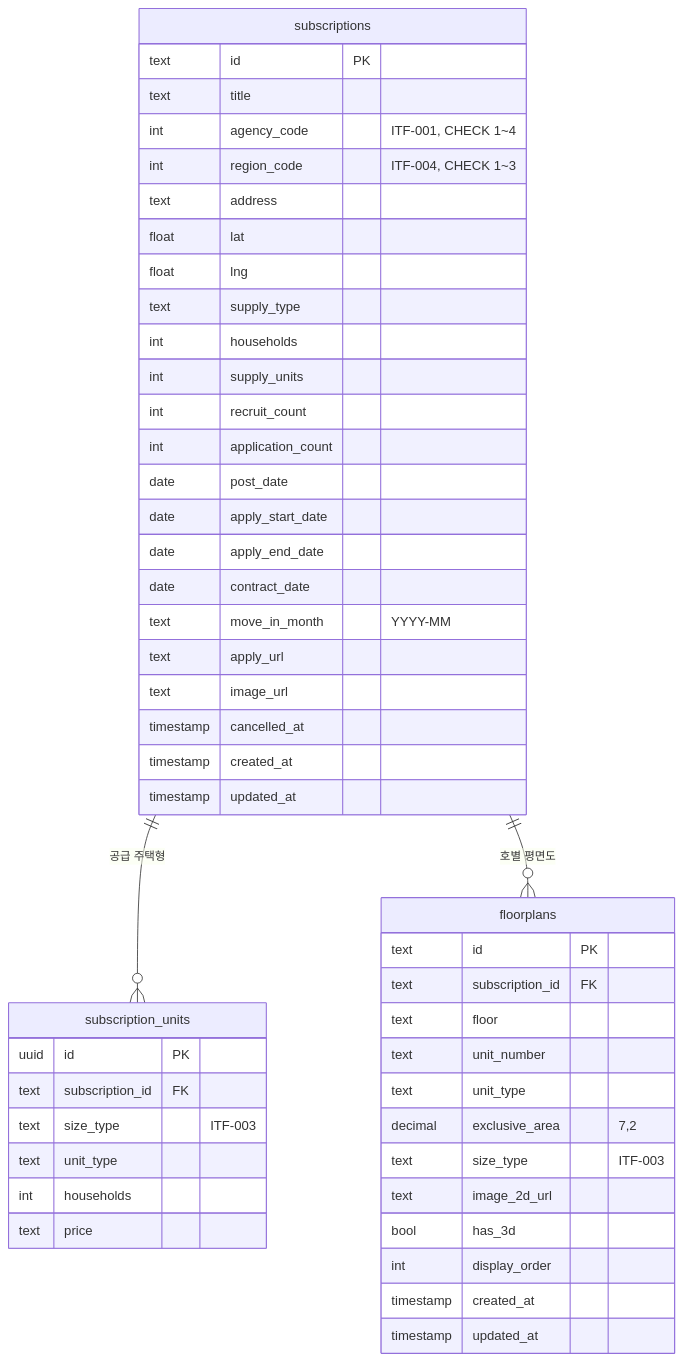
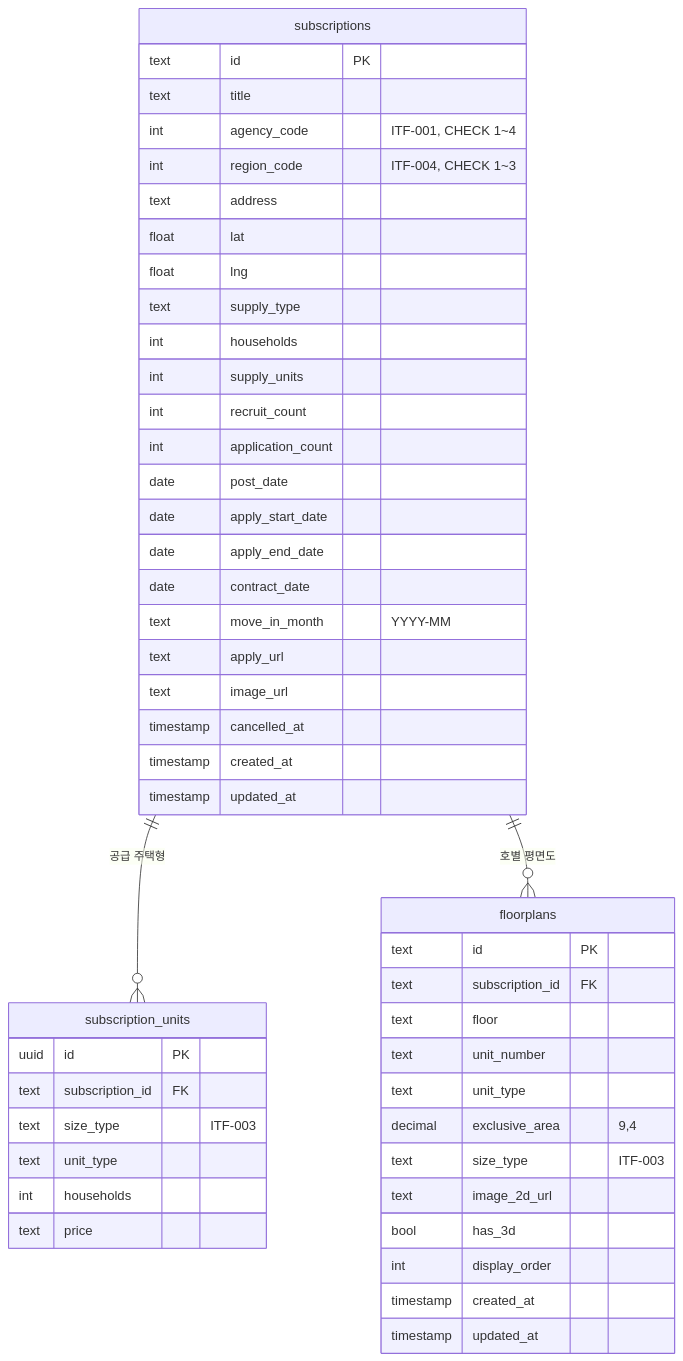
Before and after one commit to ZIPBODA/zipboda-api: the diagram in docs/ZIPBODA_erd_v0.1.md, drawn with Mermaid. The commit also changed other lines of this file and 1 other file, not shown here.

````diff
--- a/docs/ZIPBODA_erd_v0.1.md
+++ b/docs/ZIPBODA_erd_v0.1.md
@@ -38,54 +40,54 @@
 ```mermaid
 erDiagram
   subscriptions ||--o{ subscription_units : "공급 주택형"
   subscriptions ||--o{ floorplans : "호별 평면도"
 
   subscriptions {
     text id PK
     text title
     int agency_code "ITF-001, CHECK 1~4"
     int region_code "ITF-004, CHECK 1~3"
     text address
     float lat
     float lng
     text supply_type
     int households
     int supply_units
     int recruit_count
     int application_count
     date post_date
     date apply_start_date
     date apply_end_date
     date contract_date
     text move_in_month "YYYY-MM"
     text apply_url
     text image_url
     timestamp cancelled_at
     timestamp created_at
     timestamp updated_at
   }
 
   subscription_units {
     uuid id PK
     text subscription_id FK
     text size_type "ITF-003"
     text unit_type
     int households
     text price
   }
 
   floorplans {
     text id PK
     text subscription_id FK
     text floor
     text unit_number
     text unit_type
-    decimal exclusive_area "7,2"
+    decimal exclusive_area "9,4"
     text size_type "ITF-003"
     text image_2d_url
     bool has_3d
     int display_order
     timestamp created_at
     timestamp updated_at
   }
 ```
````
